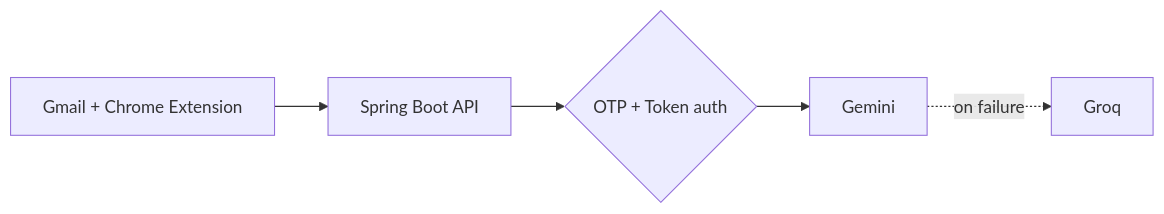
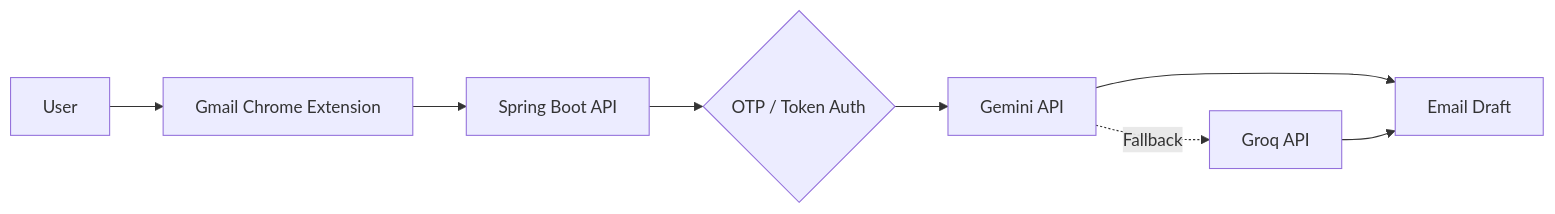
Before and after one commit to bikashcode-dev/bikashcode-dev: the second of 2 diagrams in README.md, drawn with Mermaid. The commit also changed other lines of this file, not shown here.

````diff
--- a/README.md
+++ b/README.md
@@ -118,7 +204,10 @@
 ```mermaid
 flowchart LR
-    G[Gmail + Chrome Extension] --> B[Spring Boot API]
-    B --> AU{OTP + Token auth}
-    AU --> P1[Gemini]
-    P1 -. on failure .-> P2[Groq]
+    U[User] --> EXT[Gmail Chrome Extension]
+    EXT --> API[Spring Boot API]
+    API --> AUTH{OTP / Token Auth}
+    AUTH --> AI[Gemini API]
+    AI -. Fallback .-> ALT[Groq API]
+    AI --> OUT[Email Draft]
+    ALT --> OUT
 ```
````
